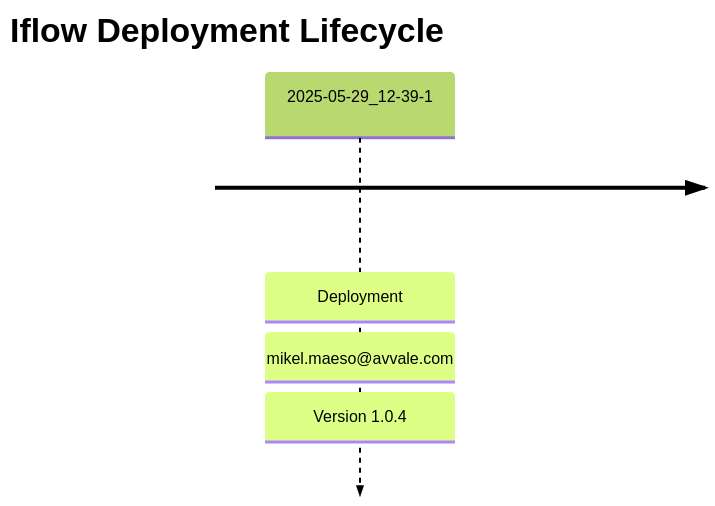
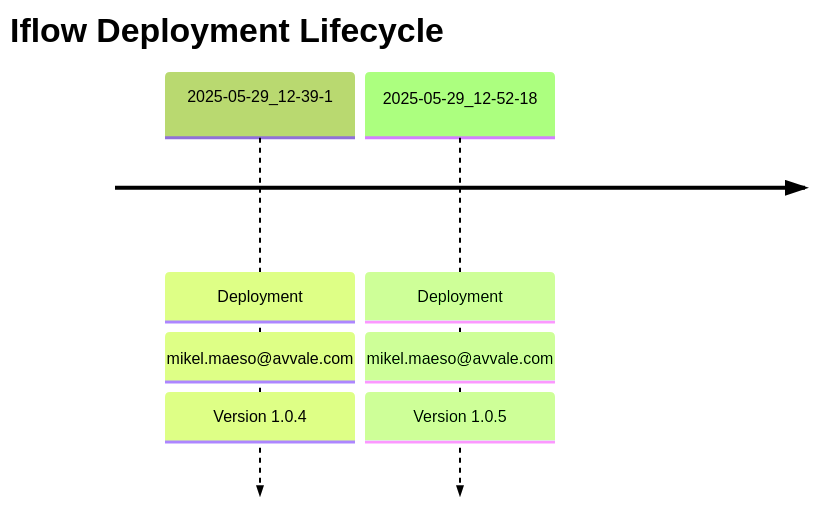
The diagram in REPSOL - Demo IA Docs/Check_Connectivity_to_SAP_Business_Suite_-_REPSOL/README.md (Avvale-IA-CICD/AvvaleCPI), drawn with Mermaid before and after one commit. The commit also changed other lines of this file, not shown here.

Commit message:
docs: Update master README for REPSOL - Demo IA Docs/Check_Connectivity_to_SAP_Business_Suite_-_REPSOL (v 1.0.5)

````diff
--- a/REPSOL - Demo IA Docs/Check_Connectivity_to_SAP_Business_Suite_-_REPSOL/README.md
+++ b/REPSOL - Demo IA Docs/Check_Connectivity_to_SAP_Business_Suite_-_REPSOL/README.md
@@ -7,6 +7,7 @@
 ```mermaid
 %%{init: { 'logLevel': 'debug', 'theme': 'forest' } }%%
 timeline
     title Iflow Deployment Lifecycle
     2025-05-29_12-39-1 : Deployment : mikel.maeso@avvale.com : Version 1.0.4
+    2025-05-29_12-52-18 : Deployment : mikel.maeso@avvale.com : Version 1.0.5
 ```
````
